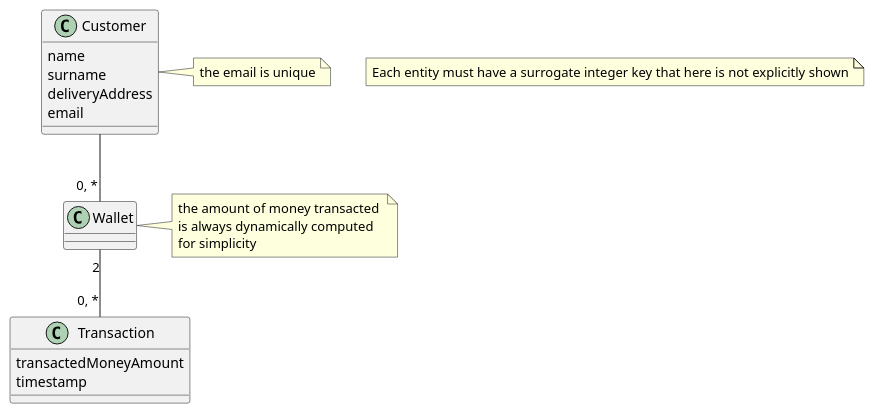
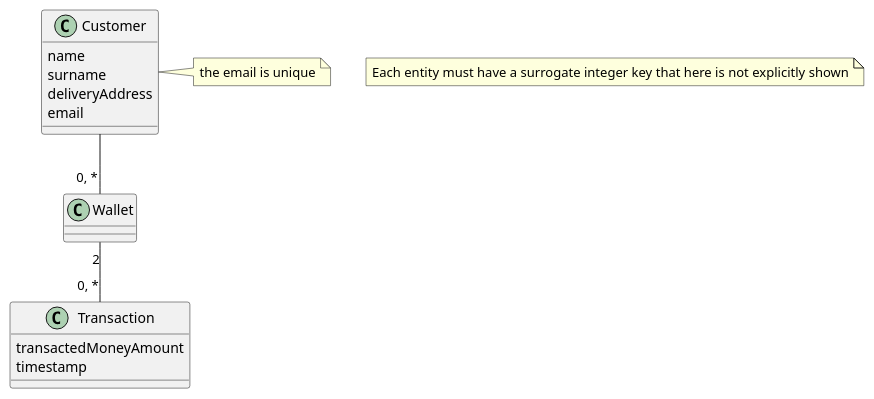
Before and after one commit to Thefolle/WAII_group19_lab2: the first of 2 diagrams in docs/design/whiteboard.md, drawn with PlantUML. The commit also changed other lines of this file and 4 other files, not shown here.

````diff
--- a/docs/design/whiteboard.md
+++ b/docs/design/whiteboard.md
@@ -5,25 +5,24 @@
 ```plantuml
 @startuml
 
 class Customer {
     name
     surname
     deliveryAddress
     email
 }
 class Wallet {
 }
 class Transaction {
     transactedMoneyAmount
     timestamp
 }
 
 Customer -- "0, *"  Wallet
 Wallet "2" -- "0, *" Transaction
 
 note "Each entity must have a surrogate integer key that here is not explicitly shown" as N1
-note right of Wallet: the amount of money transacted \nis always dynamically computed \nfor simplicity
 note right of Customer: the email is unique
 
 @enduml
 ```
````
